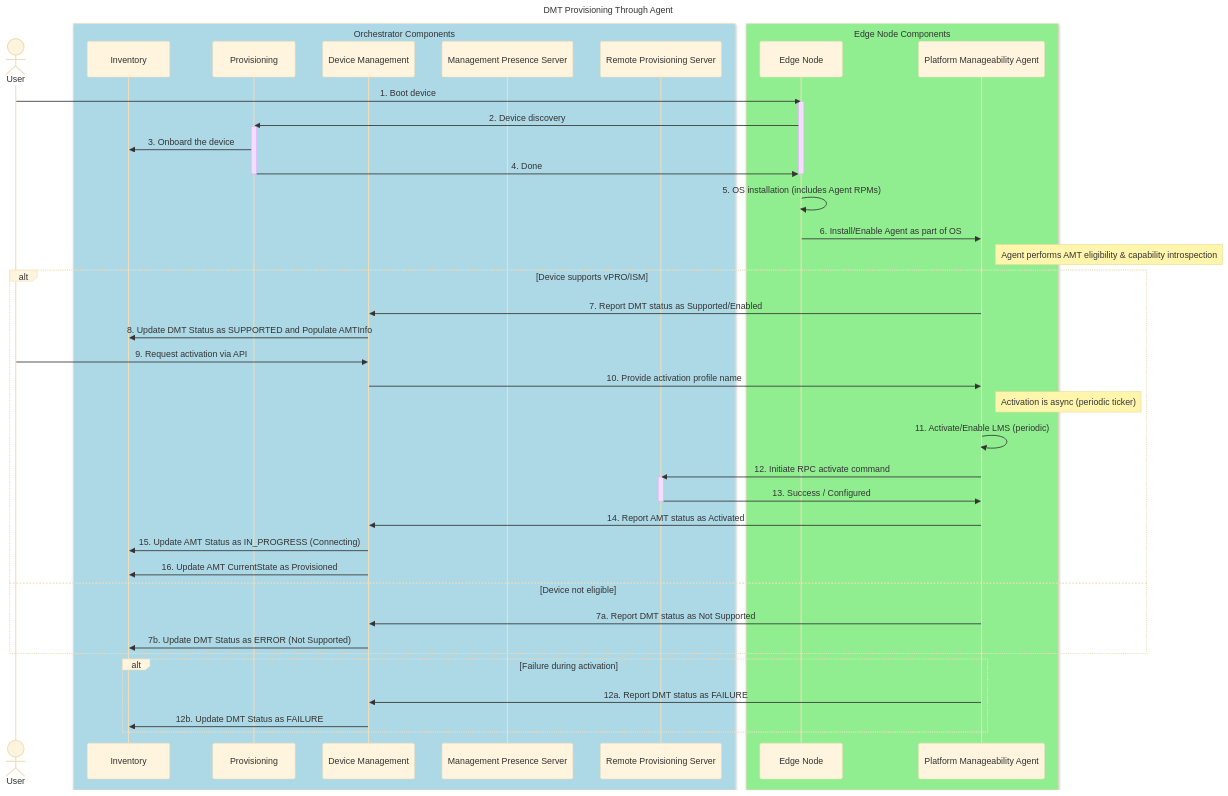
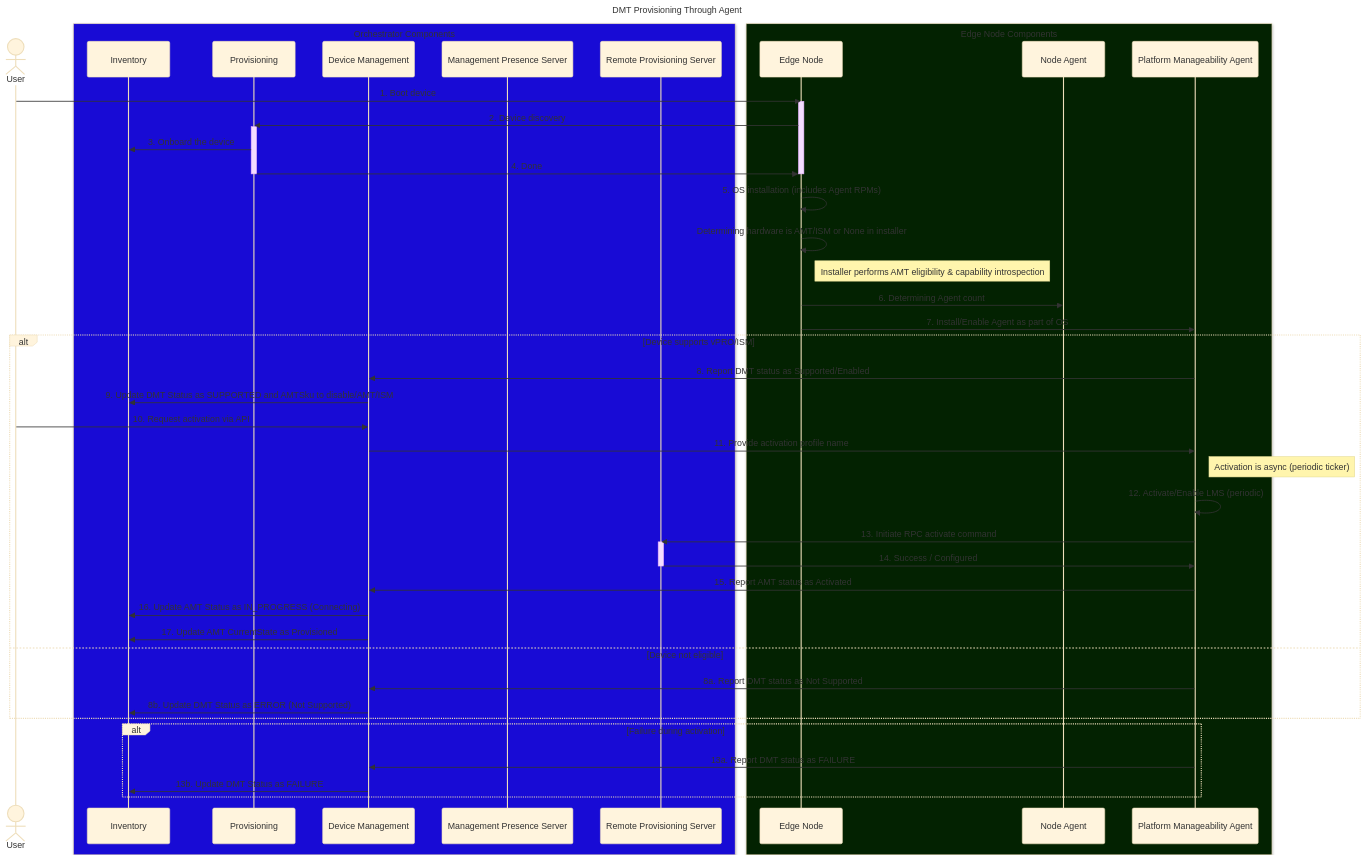
Before and after one commit to open-edge-platform/edge-manageability-framework: the diagram in design-proposals/vpro-device.md, drawn with Mermaid (base theme).

Commit message:
Vpro ADR update for PMA changes

````diff
--- a/design-proposals/vpro-device.md
+++ b/design-proposals/vpro-device.md
@@ -59,62 +59,66 @@
 ```mermaid
 sequenceDiagram
     title DMT Provisioning Through Agent
 
     actor us as User
 
-    box rgb(173, 216, 230) Orchestrator Components
+    box rgba(24, 11, 213, 1) Orchestrator Components
         participant inv as Inventory
         participant ps as Provisioning
         participant dm as Device Management
         participant mps as Management Presence Server
         participant rps as Remote Provisioning Server
     end
 
-    box rgb(144, 238, 144) Edge Node Components
+    box rgba(3, 34, 1, 1) Edge Node Components
         participant en as Edge Node
+        participant nagent as Node Agent
         participant agent as Platform Manageability Agent
     end
 
     us ->> en: 1. Boot device
     activate en
     en ->> ps: 2. Device discovery
     activate ps
     ps ->> inv: 3. Onboard the device
     ps ->> en: 4. Done
     deactivate ps
     deactivate en
 
     en ->> en: 5. OS installation (includes Agent RPMs)
-    en ->> agent: 6. Install/Enable Agent as part of OS
+    en ->> en: Determining hardware is AMT/ISM or None in installer
+    Note right of en: Installer performs AMT eligibility & capability introspection
+    en ->> nagent: 6. Determining Agent count
+    en ->> agent: 7. Install/Enable Agent as part of OS
 
-    Note right of agent: Agent performs AMT eligibility & capability introspection
+    
 
     alt Device supports vPRO/ISM
-        agent ->> dm: 7. Report DMT status as Supported/Enabled
-        dm ->> inv: 8. Update DMT Status as SUPPORTED and Populate AMTInfo
+        agent ->> dm: 8. Report DMT status as Supported/Enabled
+        dm ->> inv: 9. Update DMT Status as SUPPORTED and AMTSku to disable/AMT/ISM
 
-        us ->> dm: 9. Request activation via API
-        dm ->> agent: 10. Provide activation profile name
+        us ->> dm: 10. Request activation via API
+        dm ->> agent: 11. Provide activation profile name
 
         Note right of agent: Activation is async (periodic ticker)
 
-        agent ->> agent: 11. Activate/Enable LMS (periodic)
-        agent ->> rps: 12. Initiate RPC activate command
+        agent ->> agent: 12. Activate/Enable LMS (periodic)
+        agent ->> rps: 13. Initiate RPC activate command
         activate rps
-        rps ->> agent: 13. Success / Configured
+        rps ->> agent: 14. Success / Configured
         deactivate rps
 
-        agent ->> dm: 14. Report AMT status as Activated
-        dm ->> inv: 15. Update AMT Status as IN_PROGRESS (Connecting)
-        dm ->> inv: 16. Update AMT CurrentState as Provisioned
+        agent ->> dm: 15. Report AMT status as Activated
+        dm ->> inv: 16. Update AMT Status as IN_PROGRESS (Connecting)
+        dm ->> inv: 17. Update AMT CurrentState as Provisioned
 
     else Device not eligible
-        agent ->> dm: 7a. Report DMT status as Not Supported
-        dm ->> inv: 7b. Update DMT Status as ERROR (Not Supported)
+        agent ->> dm: 8a. Report DMT status as Not Supported
+        dm ->> inv: 8b. Update DMT Status as ERROR (Not Supported)
     end
 
     alt Failure during activation
-        agent ->> dm: 12a. Report DMT status as FAILURE
-        dm ->> inv: 12b. Update DMT Status as FAILURE
+        agent ->> dm: 13a. Report DMT status as FAILURE
+        dm ->> inv: 13b. Update DMT Status as FAILURE
     end
 ```
````
